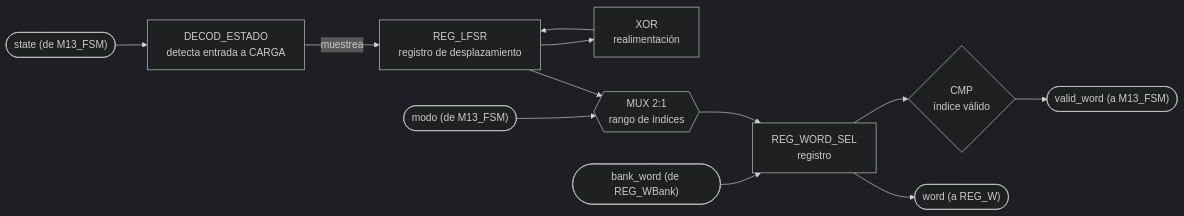
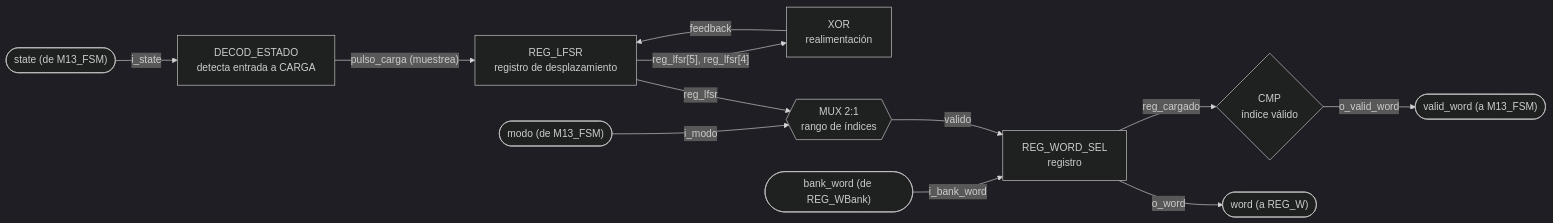
The ninth of 14 diagrams in docs/diseño/diagramas/nivel03.md (Taller-de-diseno-digital-GR01/Proyecto-2-Ahorcado), drawn with Mermaid (dark theme) before and after one commit. The commit also changed other lines of this file and 10 other files, not shown here.

````diff
--- a/docs/diseño/diagramas/nivel03.md
+++ b/docs/diseño/diagramas/nivel03.md
@@ -458,14 +458,14 @@
 ```mermaid
 flowchart LR
-    REG_LFSR["REG_LFSR<br/>registro de desplazamiento"] --> XOR1["XOR<br/>realimentación"]
-    XOR1 --> REG_LFSR
-    IN_STATE(["state (de M13_FSM)"]) --> DEC_ST["DECOD_ESTADO<br/>detecta entrada a CARGA"]
-    DEC_ST -->|muestrea| REG_LFSR
-    IN_MODO(["modo (de M13_FSM)"]) --> MUX1{{"MUX 2:1<br/>rango de índices"}}
-    REG_LFSR --> MUX1
-    IN_BANK(["bank_word (de REG_WBank)"]) --> REG_SEL["REG_WORD_SEL<br/>registro"]
-    MUX1 --> REG_SEL
-    REG_SEL --> CMP1{"CMP<br/>índice válido"}
-    CMP1 --> OUT_VALID(["valid_word (a M13_FSM)"])
-    REG_SEL --> OUT_WORD(["word (a REG_W)"])
+    REG_LFSR["REG_LFSR<br/>registro de desplazamiento"] -->|"reg_lfsr[5], reg_lfsr[4]"| XOR1["XOR<br/>realimentación"]
+    XOR1 -->|feedback| REG_LFSR
+    IN_STATE(["state (de M13_FSM)"]) -->|i_state| DEC_ST["DECOD_ESTADO<br/>detecta entrada a CARGA"]
+    DEC_ST -->|"pulso_carga (muestrea)"| REG_LFSR
+    IN_MODO(["modo (de M13_FSM)"]) -->|i_modo| MUX1{{"MUX 2:1<br/>rango de índices"}}
+    REG_LFSR -->|reg_lfsr| MUX1
+    IN_BANK(["bank_word (de REG_WBank)"]) -->|i_bank_word| REG_SEL["REG_WORD_SEL<br/>registro"]
+    MUX1 -->|valido| REG_SEL
+    REG_SEL -->|reg_cargado| CMP1{"CMP<br/>índice válido"}
+    CMP1 -->|o_valid_word| OUT_VALID(["valid_word (a M13_FSM)"])
+    REG_SEL -->|o_word| OUT_WORD(["word (a REG_W)"])
 ```
````
